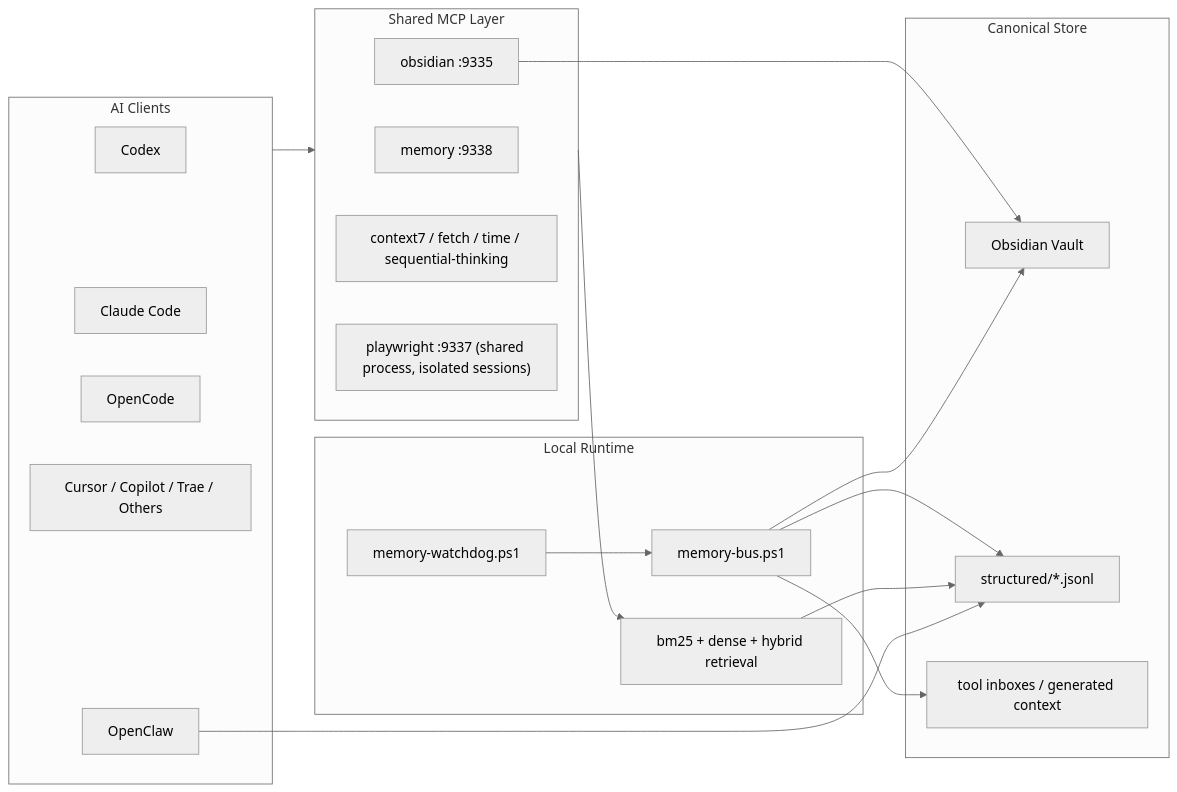
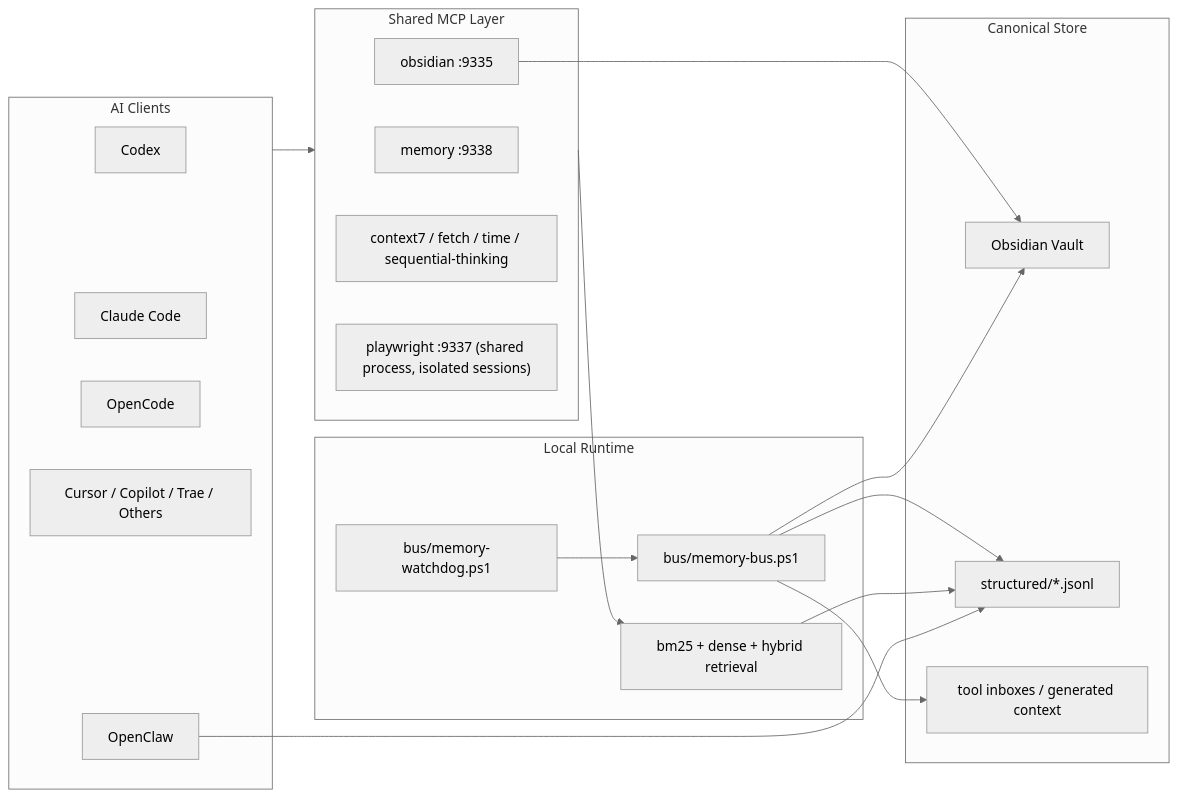
The diagram in README.md (passionworkeer/obsidian-shared-memory-bus), drawn with Mermaid (neutral theme) before and after one commit. The commit also changed other lines of this file and 30 other files, not shown here.

````diff
--- a/README.md
+++ b/README.md
@@ -44,40 +44,40 @@
 ```mermaid
 flowchart LR
     subgraph Clients["AI Clients"]
         Codex["Codex"]
         Claude["Claude Code"]
         OpenCode["OpenCode"]
         Others["Cursor / Copilot / Trae / Others"]
         OpenClaw["OpenClaw"]
     end
 
     subgraph Shared["Shared MCP Layer"]
         Memory["memory :9338"]
         Obsidian["obsidian :9335"]
         Utils["context7 / fetch / time / sequential-thinking"]
         Playwright["playwright :9337 (shared process, isolated sessions)"]
     end
 
     subgraph Runtime["Local Runtime"]
-        Watchdog["memory-watchdog.ps1"]
-        Bus["memory-bus.ps1"]
+        Watchdog["bus/memory-watchdog.ps1"]
+        Bus["bus/memory-bus.ps1"]
         Search["bm25 + dense + hybrid retrieval"]
     end
 
     subgraph Vault["Canonical Store"]
         ObsidianVault["Obsidian Vault"]
         Structured["structured/*.jsonl"]
         Inbox["tool inboxes / generated context"]
     end
 
     Clients --> Shared
     Shared --> Search
     Runtime --> Search
     Watchdog --> Bus
     Bus --> Structured
     Bus --> Inbox
     Search --> Structured
     Obsidian --> ObsidianVault
     Bus --> ObsidianVault
     OpenClaw --> Structured
 ```
````
